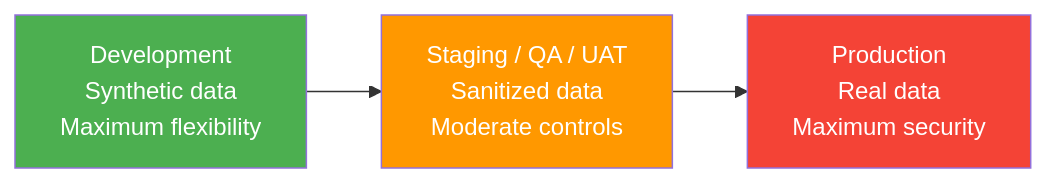
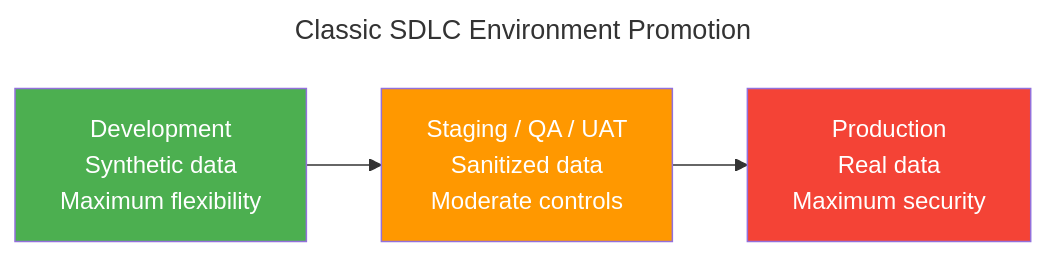
The first of 4 diagrams in _posts/2026-05-16-five-stages-cloud-data-science-platform.md (mcgarrah/mcgarrah.github.io), drawn with Mermaid before and after one commit. The commit also changed other lines of this file, not shown here.

````diff
--- a/_posts/2026-05-16-five-stages-cloud-data-science-platform.md
+++ b/_posts/2026-05-16-five-stages-cloud-data-science-platform.md
@@ -29,8 +29,11 @@
 ```mermaid
+---
+title: Classic SDLC Environment Promotion
+---
 graph LR
     DEV[Development<br/>Synthetic data<br/>Maximum flexibility] --> MID[Staging / QA / UAT<br/>Sanitized data<br/>Moderate controls]
     MID --> PROD[Production<br/>Real data<br/>Maximum security]
     style DEV fill:#4CAF50,color:#fff
     style MID fill:#FF9800,color:#fff
     style PROD fill:#f44336,color:#fff
 ```
````
